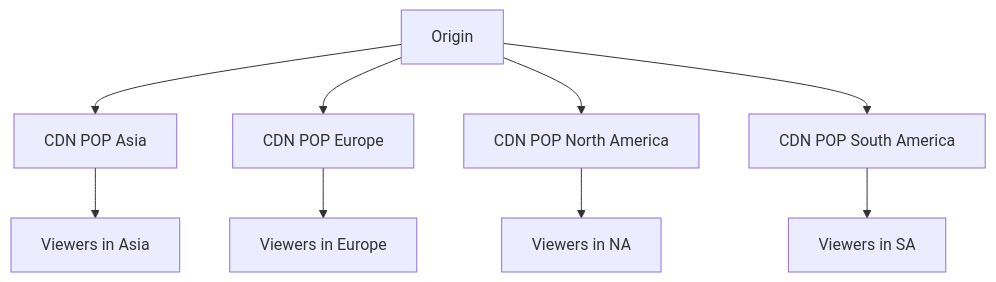
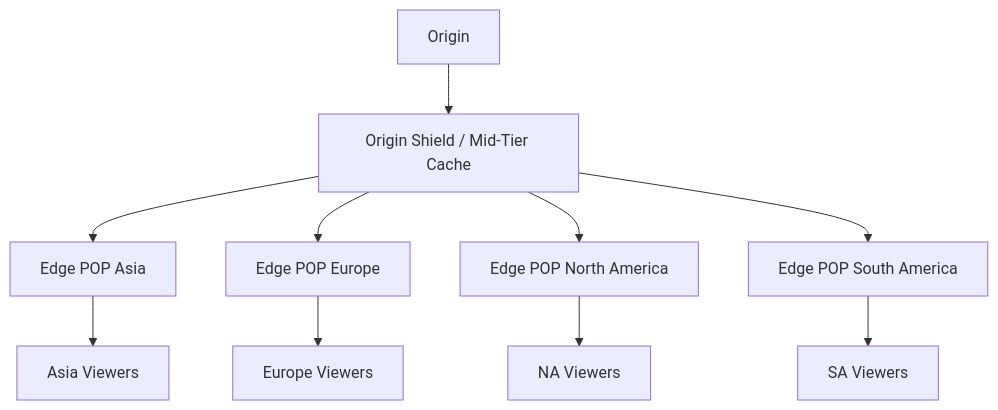
One commit to gojosatoru123-ux/CacheU changed the fifth of 11 diagrams in src/content/design-a-live-streaming-service.md. Above: the diagram before and after it, drawn with Mermaid. The commit also changed other lines of this file and 17 other files, not shown here.

````diff
--- a/src/content/design-a-live-streaming-service.md
+++ b/src/content/design-a-live-streaming-service.md
@@ -512,12 +548,13 @@
 ```mermaid
 flowchart TB
-    Origin[Origin] --> CDN1[CDN POP Asia]
-    Origin --> CDN2[CDN POP Europe]
-    Origin --> CDN3[CDN POP North America]
-    Origin --> CDN4[CDN POP South America]
+    Origin[Origin] --> Shield[Origin Shield / Mid-Tier Cache]
+    Shield --> POP1[Edge POP Asia]
+    Shield --> POP2[Edge POP Europe]
+    Shield --> POP3[Edge POP North America]
+    Shield --> POP4[Edge POP South America]
 
-    CDN1 --> Users1[Viewers in Asia]
-    CDN2 --> Users2[Viewers in Europe]
-    CDN3 --> Users3[Viewers in NA]
-    CDN4 --> Users4[Viewers in SA]
+    POP1 --> Users1[Asia Viewers]
+    POP2 --> Users2[Europe Viewers]
+    POP3 --> Users3[NA Viewers]
+    POP4 --> Users4[SA Viewers]
 ```
````
